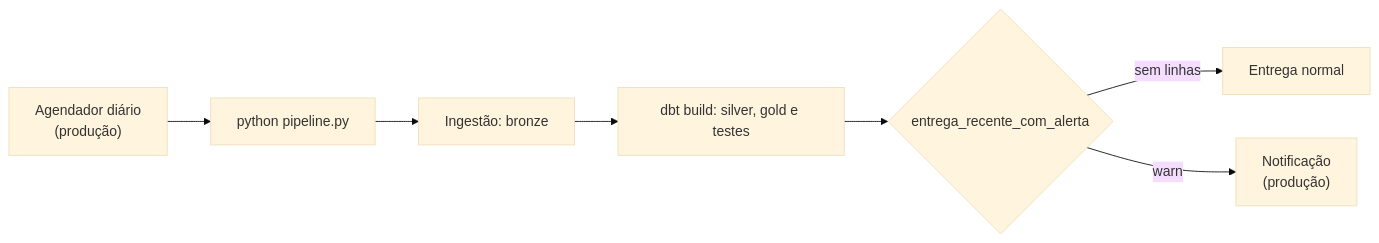
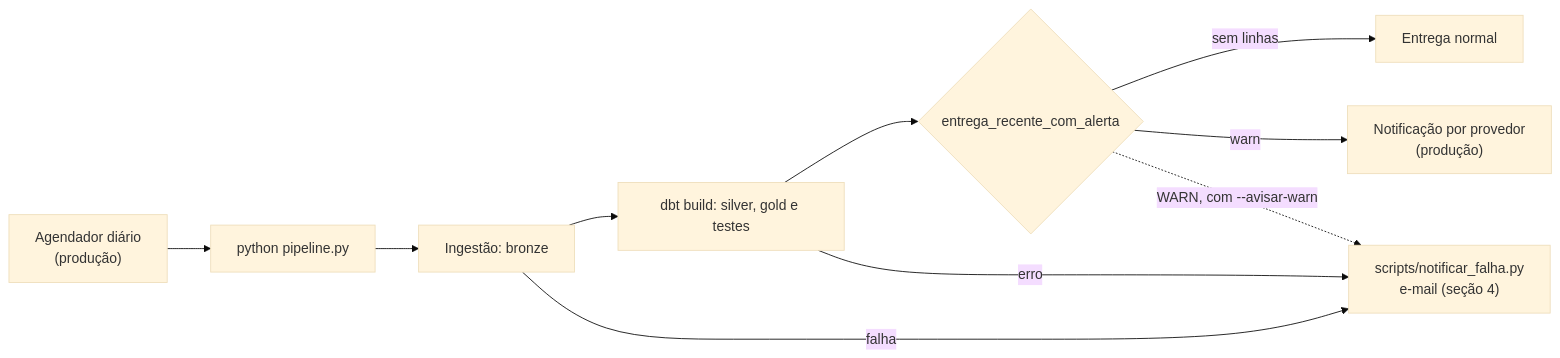
Before and after one commit to Sebastian6-6/collections-contact-risk: the diagram in docs/monitoramento.md, drawn with Mermaid (base theme). The commit also changed 1 other file, not shown here.

Commit message:
docs: diagramas conferidos contra o banco e o manifest do dbt
As chaves estrangeiras da gold aceitam NULL, o fluxo bronze-silver omitia arestas
reais, a ft_entrega_diaria nascia da bronze e o e-mail de falha faltava no fluxo.

````diff
--- a/docs/monitoramento.md
+++ b/docs/monitoramento.md
@@ -40,9 +40,12 @@
 ```mermaid
 flowchart LR
   A["Agendador diário<br/>(produção)"] --> B["python pipeline.py"]
   B --> C["Ingestão: bronze"]
   C --> D["dbt build: silver, gold e testes"]
   D --> E{"entrega_recente_com_alerta"}
   E -- "sem linhas" --> F["Entrega normal"]
-  E -- "warn" --> G["Notificação<br/>(produção)"]
+  E -- "warn" --> G["Notificação por provedor<br/>(produção)"]
+  C -- "falha" --> H["scripts/notificar_falha.py<br/>e-mail (seção 4)"]
+  D -- "erro" --> H
+  E -. "WARN, com --avisar-warn" .-> H
 ```
````
